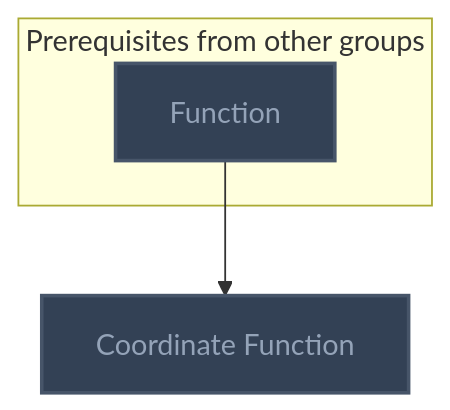
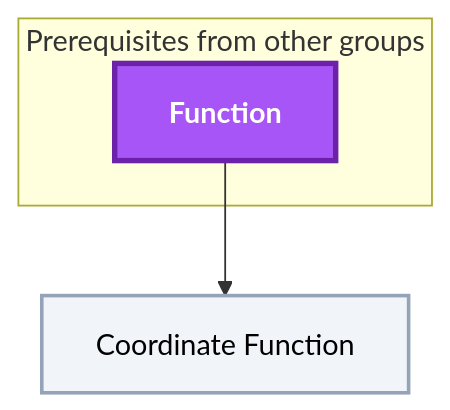
The first of 21 diagrams in Gamification/Skill Trees/Differential Geometry.md (MRauf1/My-Notes), drawn with Mermaid before and after one commit. The commit also changed other lines of this file and 156 other files, not shown here.

````diff
--- a/Gamification/Skill Trees/Differential Geometry.md
+++ b/Gamification/Skill Trees/Differential Geometry.md
@@ -14,19 +14,20 @@
 ```mermaid
 flowchart TD
     classDef planned fill:#1E293B,stroke:#64748B,stroke-width:2px,stroke-dasharray:5 5,color:#94A3B8;
     classDef locked fill:#334155,stroke:#475569,stroke-width:2px,color:#94A3B8;
     classDef L0 fill:#F1F5F9,stroke:#94A3B8,stroke-width:2px,color:#000000;
     classDef L1 fill:#22C55E,stroke:#15803D,stroke-width:2px,color:#000000;
     classDef L2 fill:#3B82F6,stroke:#1D4ED8,stroke-width:3px,color:#FFFFFF;
     classDef L3 fill:#A855F7,stroke:#6B21A8,stroke-width:3px,color:#FFFFFF,font-weight:bold;
     classDef L4 fill:#F97316,stroke:#C2410C,stroke-width:4px,color:#000000,font-weight:bold;
     classDef L5 fill:#FFD700,stroke:#FF8C00,stroke-width:5px,color:#000000,font-weight:bold;
     classDef rusty stroke:#8B4513,stroke-width:4px,stroke-dasharray:3 3;
     subgraph sg_prereqs["Prerequisites from other groups"]
         n_function["Function"]
     end
     n_coordinate_function["Coordinate Function"]
     n_function --> n_coordinate_function
-    class n_function,n_coordinate_function locked;
+    class n_coordinate_function L0;
+    class n_function L3;
     class n_function,n_coordinate_function internal-link;
 ```
````
